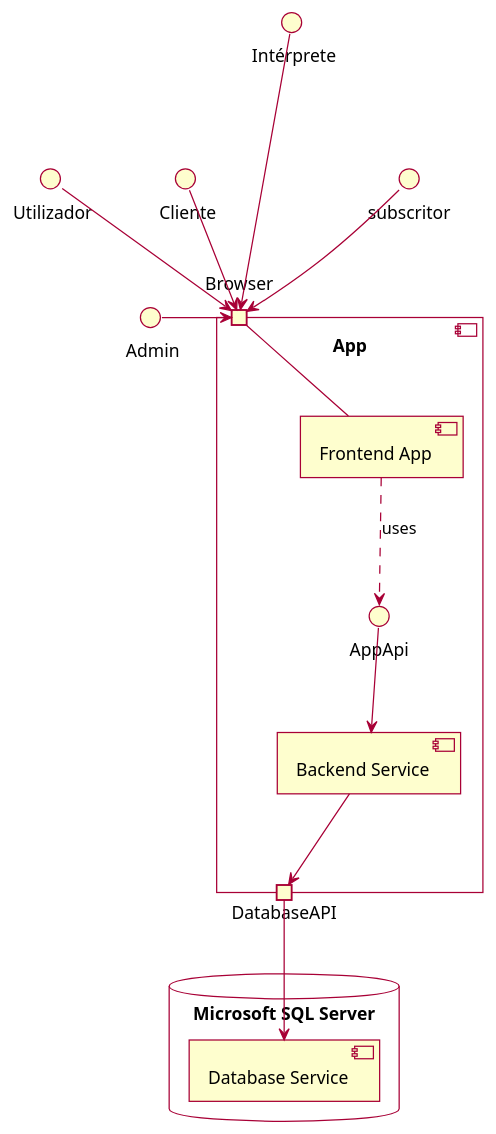
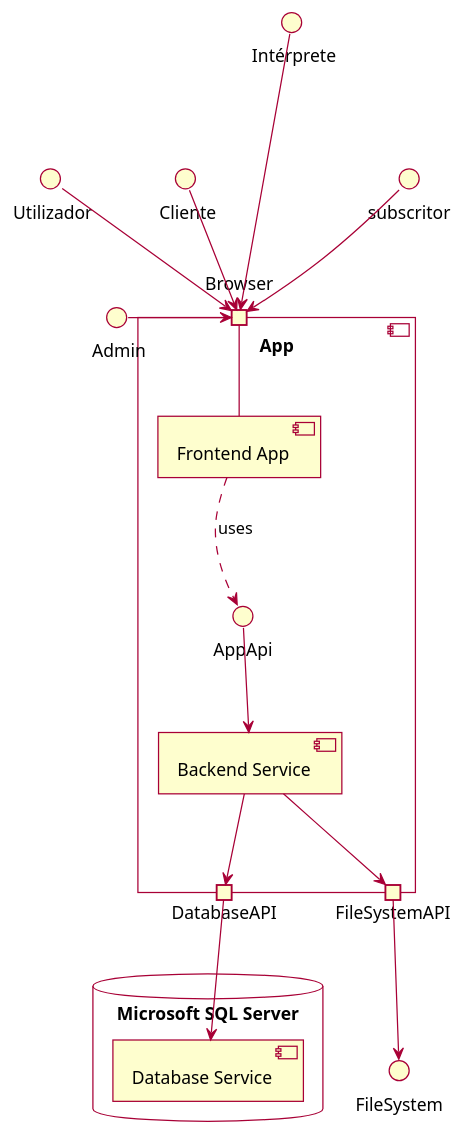
Before and after one commit to 50sara50/desofs2024_M1A_1201461_1190497_1191053_1191061: the diagram in Diagramas/monolithic_diagramV1.puml, drawn with PlantUML.

Commit message:
docs: add the interface for the backend to comunicate with the file system

```diff
--- a/Diagramas/monolithic_diagramV1.puml
+++ b/Diagramas/monolithic_diagramV1.puml
@@ -1,52 +1,58 @@
 @startuml
 'https://plantuml.com/component-diagram
 
 skin rose
 skinparam shadowing false
 'skinparam backgroundColor red
 
 '------------- TRANSPARÊNCIA -------------------
 ' Should the API be a proxy component instead
 skinparam package<<Layout>> {
   borderColor Transparent
   backgroundColor Transparent
   fontColor Transparent
   stereotypeFontColor Transparent
 }
 component "App" as app {
     component  "Backend Service" as backend
     component  "Frontend App" as frontend
     portin "Browser" as browser
     interface "AppApi" as api
     portout "DatabaseAPI" as dbApi
+    portout "FileSystemAPI" as fsApi
 
 }
 
 database "Microsoft SQL Server" as db {
     component "Database Service" as db_service
 }
 
 
 () " Utilizador" as utilizador
 () " Cliente" as cliente
 () " Admin" as admin
 () " Intérprete" as interprete
 
 
 'Interfaces comunicam com a frontend app
 utilizador -d-> browser
 cliente --> browser
 admin -r-> browser
 subscritor --> browser
 interprete ---> browser
 
 browser -d- frontend
 
 'Frontend app comunica com o backend service
 frontend ..> api : uses
 api --> backend
 
 'Backend service comunica com a database service
 backend --> dbApi
 dbApi --> db_service
+
+' New connection: Backend service to File System
+backend --> fsApi
+fsApi --> FileSystem
+
 @enduml
```
